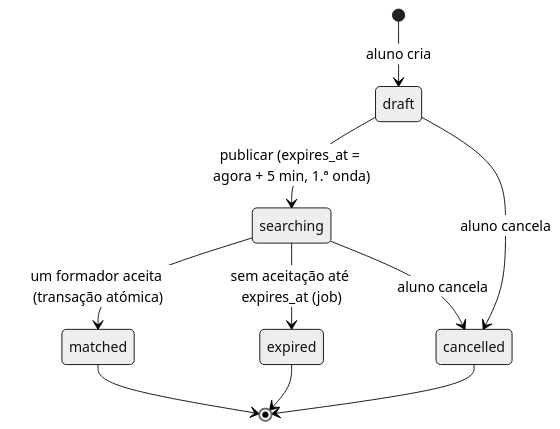
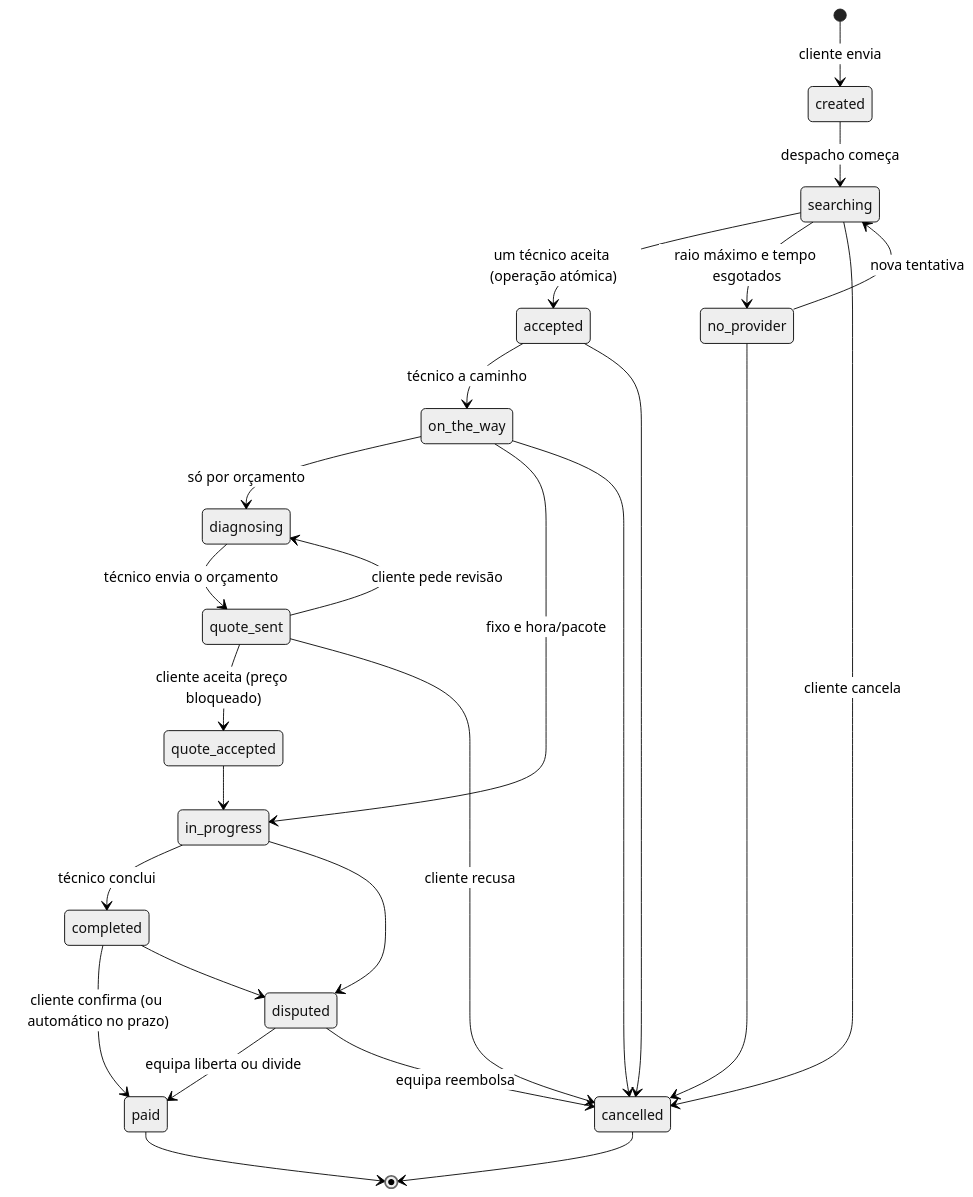
Before and after one commit to avnntantamudev/Longa: the first of 4 diagrams in docs/state-machines.md, drawn with Mermaid (neutral theme). The commit also changed other lines of this file and 22 other files, not shown here.

````diff
--- a/docs/state-machines.md
+++ b/docs/state-machines.md
@@ -16,12 +20,28 @@
 ```mermaid
 stateDiagram-v2
-    [*] --> draft : aluno cria
-    draft --> searching : publicar (expires_at = agora + 5 min, 1.ª onda)
-    draft --> cancelled : aluno cancela
-    searching --> matched : um formador aceita (transação atómica)
-    searching --> expired : sem aceitação até expires_at (job)
-    searching --> cancelled : aluno cancela
-    matched --> [*]
-    expired --> [*]
+    [*] --> created : cliente envia
+    created --> searching : despacho começa
+    searching --> accepted : um técnico aceita (operação atómica)
+    searching --> no_provider : raio máximo e tempo esgotados
+    searching --> cancelled : cliente cancela
+    no_provider --> searching : nova tentativa
+    no_provider --> cancelled
+    accepted --> on_the_way : técnico a caminho
+    accepted --> cancelled
+    on_the_way --> diagnosing : só por orçamento
+    on_the_way --> in_progress : fixo e hora/pacote
+    on_the_way --> cancelled
+    diagnosing --> quote_sent : técnico envia o orçamento
+    quote_sent --> quote_accepted : cliente aceita (preço bloqueado)
+    quote_sent --> diagnosing : cliente pede revisão
+    quote_sent --> cancelled : cliente recusa
+    quote_accepted --> in_progress
+    in_progress --> completed : técnico conclui
+    in_progress --> disputed
+    completed --> paid : cliente confirma (ou automático no prazo)
+    completed --> disputed
+    disputed --> paid : equipa liberta ou divide
+    disputed --> cancelled : equipa reembolsa
+    paid --> [*]
     cancelled --> [*]
 ```
````
